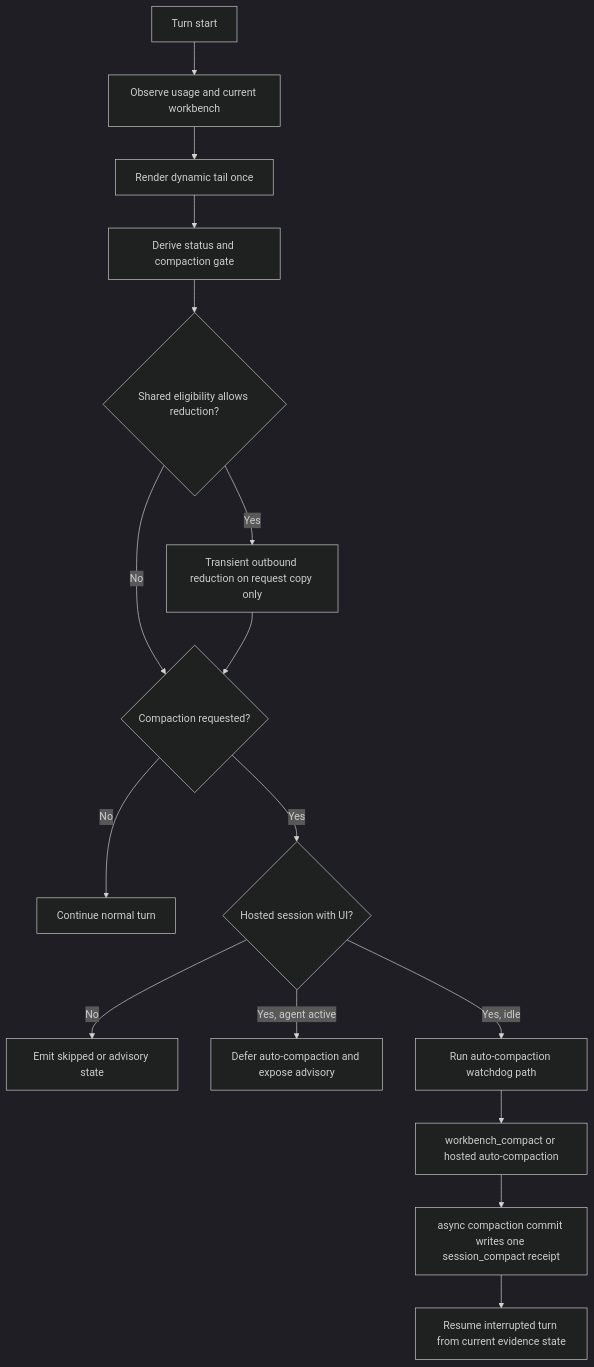
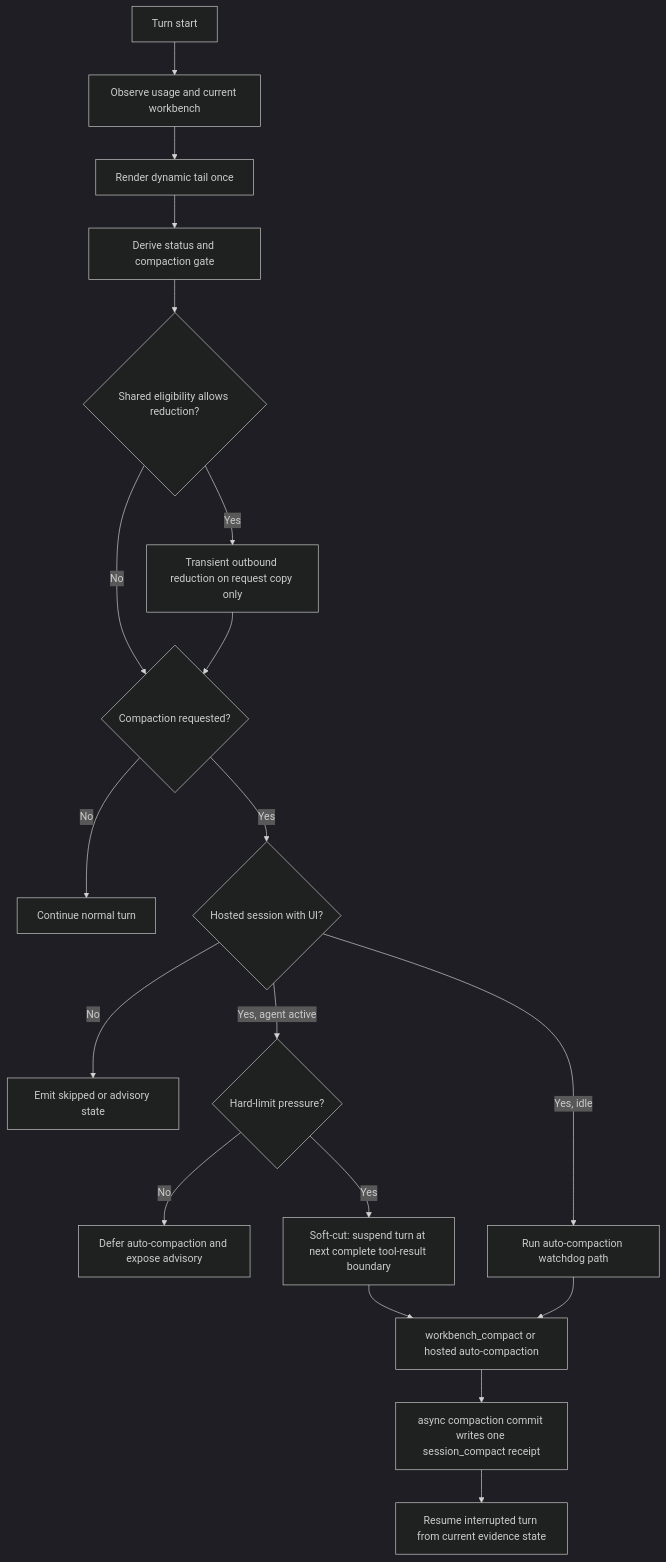
The diagram in docs/journeys/internal/context-and-compaction.md (arcthur/brewva), drawn with Mermaid (dark theme) before and after one commit. The commit also changed other lines of this file and 40 other files, not shown here.

First line of the commit message:
feat(context)!: harden compaction soft-cut, output recovery, and cache evidence

````diff
--- a/docs/journeys/internal/context-and-compaction.md
+++ b/docs/journeys/internal/context-and-compaction.md
@@ -42,18 +42,21 @@
 ```mermaid
 flowchart TD
   A["Turn start"] --> B["Observe usage and current workbench"]
   B --> C["Render dynamic tail once"]
   C --> D["Derive status and compaction gate"]
   D --> R{"Shared eligibility allows reduction?"}
   R -->|Yes| S["Transient outbound reduction on request copy only"]
   R -->|No| E{"Compaction requested?"}
   S --> E
   E -->|No| F["Continue normal turn"]
   E -->|Yes| G{"Hosted session with UI?"}
   G -->|No| H["Emit skipped or advisory state"]
-  G -->|Yes, agent active| I["Defer auto-compaction and expose advisory"]
+  G -->|Yes, agent active| I{"Hard-limit pressure?"}
+  I -->|No| I2["Defer auto-compaction and expose advisory"]
+  I -->|Yes| I3["Soft-cut: suspend turn at next complete tool-result boundary"]
   G -->|Yes, idle| J["Run auto-compaction watchdog path"]
+  I3 --> K
   J --> K["workbench_compact or hosted auto-compaction"]
   K --> L["async compaction commit writes one session_compact receipt"]
   L --> M["Resume interrupted turn from current evidence state"]
 ```
````
